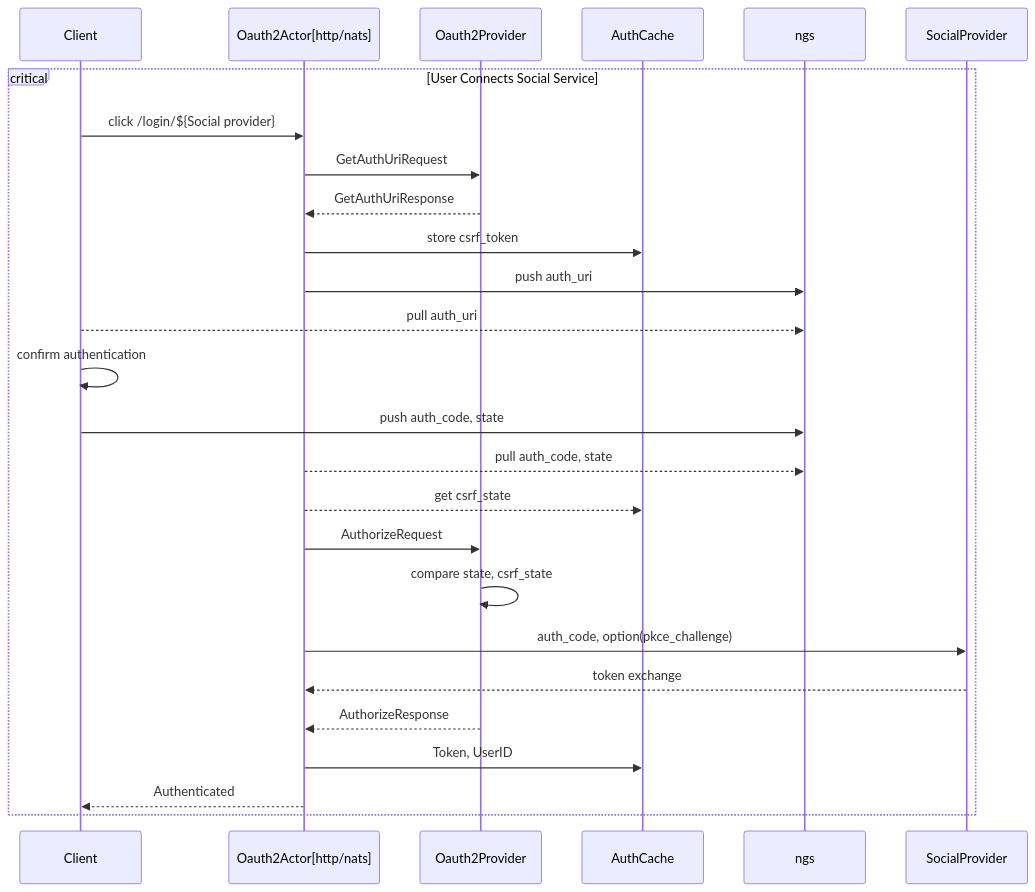
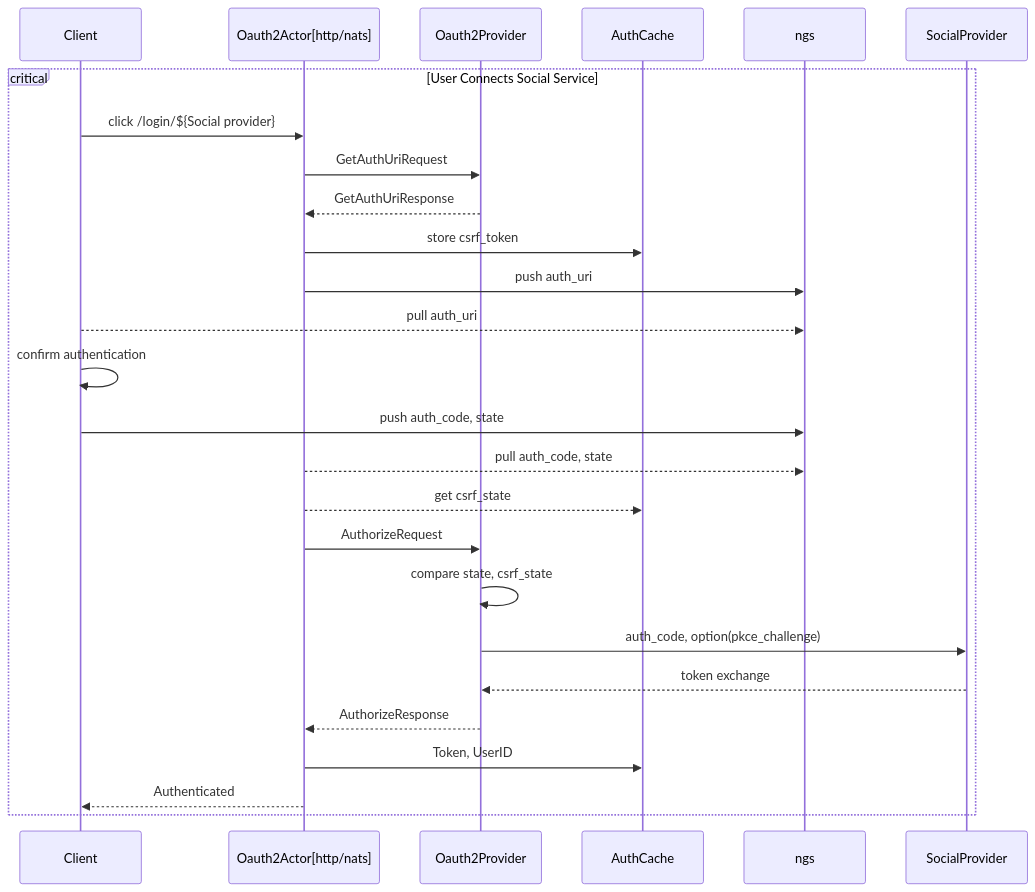
The diagram in oauth2/oauth2.md (jamminmusic/Features), drawn with Mermaid before and after one commit. The commit also changed 5 other files, not shown here.

Commit message:
diagram, and devcontainer update

````diff
--- a/oauth2/oauth2.md
+++ b/oauth2/oauth2.md
@@ -3,30 +3,30 @@
 ``` mermaid
 sequenceDiagram
     %% Actors
     participant Client
     participant Oauth2Actor[http/nats]
     participant Oauth2Provider
     participant AuthCache
     participant ngs
     participant SocialProvider
 
     critical User Connects Social Service
         Client ->> Oauth2Actor[http/nats]: click /login/${Social provider}
         Oauth2Actor[http/nats] ->> Oauth2Provider: GetAuthUriRequest
         Oauth2Provider -->> Oauth2Actor[http/nats]: GetAuthUriResponse
         Oauth2Actor[http/nats] ->> AuthCache: store csrf_token
         Oauth2Actor[http/nats] ->> ngs: push auth_uri
         Client -->> ngs: pull auth_uri
         Client ->> Client: confirm authentication
         Client ->> ngs: push auth_code, state
         Oauth2Actor[http/nats] -->> ngs: pull auth_code, state
         Oauth2Actor[http/nats] -->> AuthCache: get csrf_state
         Oauth2Actor[http/nats] ->> Oauth2Provider: AuthorizeRequest
         Oauth2Provider ->> Oauth2Provider: compare state, csrf_state
-        Oauth2Actor[http/nats] ->> SocialProvider: auth_code, option(pkce_challenge)
-        SocialProvider -->> Oauth2Actor[http/nats]: token exchange
+        Oauth2Provider ->> SocialProvider: auth_code, option(pkce_challenge)
+        SocialProvider -->> Oauth2Provider: token exchange
         Oauth2Provider -->> Oauth2Actor[http/nats]: AuthorizeResponse
         Oauth2Actor[http/nats] ->> AuthCache: Token, UserID
         Oauth2Actor[http/nats] -->> Client: Authenticated
     end
 ```
````
